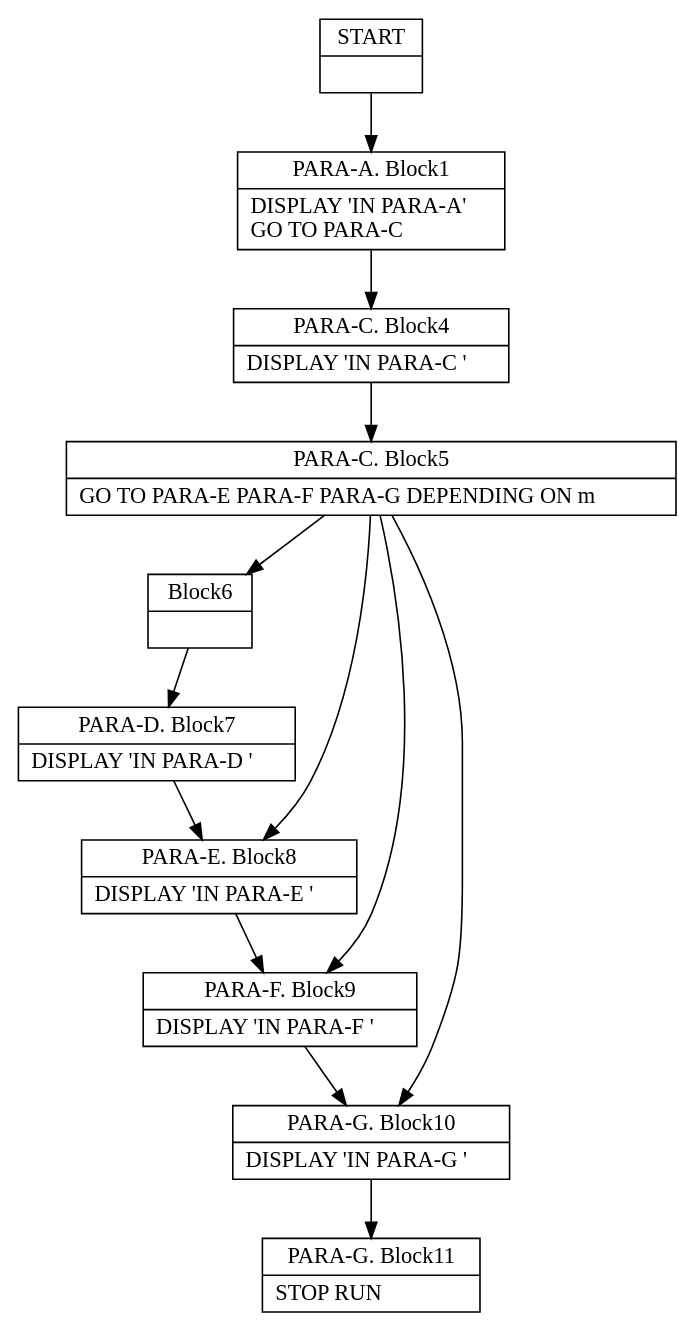
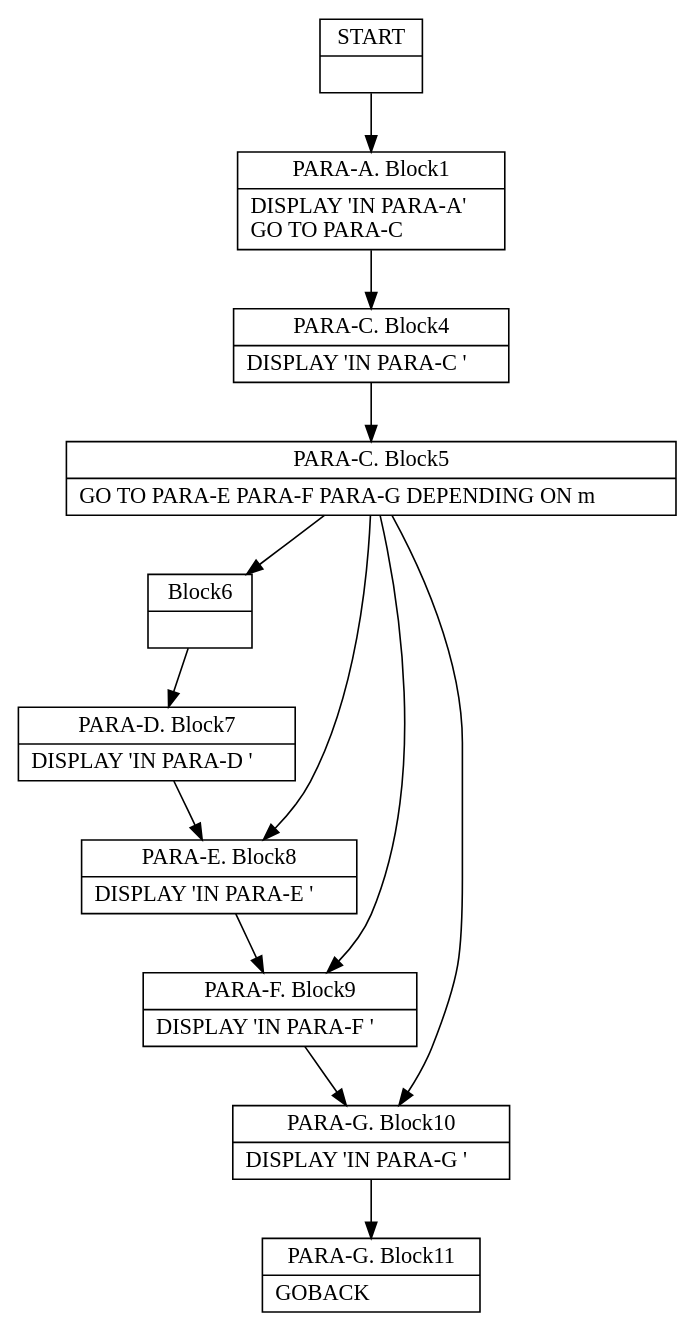
The diagram in TypeCobol.Analysis.Test/DotOutput/ComplexGotoPara0.dot (TypeCobolTeam/TypeCobol), drawn with Graphviz before and after one commit. The commit also changed 27 other files, not shown here.

```diff
--- a/TypeCobol.Analysis.Test/DotOutput/ComplexGotoPara0.dot
+++ b/TypeCobol.Analysis.Test/DotOutput/ComplexGotoPara0.dot
@@ -1,52 +1,52 @@
 digraph Cfg {
 node [
 shape = "record"
 ]
 
 edge [
 arrowtail = "empty"
 ]
 Block0 [
 label = "{START|}"
 ]
 Block1 [
 label = "{PARA-A. Block1|DISPLAY 'IN PARA-A'\lGO TO PARA-C\l}"
 ]
 Block4 [
 label = "{PARA-C. Block4|DISPLAY 'IN PARA-C '\l}"
 ]
 Block5 [
 label = "{PARA-C. Block5|GO TO PARA-E PARA-F PARA-G DEPENDING ON m\l}"
 ]
 Block6 [
 label = "{Block6|}"
 ]
 Block7 [
 label = "{PARA-D. Block7|DISPLAY 'IN PARA-D '\l}"
 ]
 Block8 [
 label = "{PARA-E. Block8|DISPLAY 'IN PARA-E '\l}"
 ]
 Block9 [
 label = "{PARA-F. Block9|DISPLAY 'IN PARA-F '\l}"
 ]
 Block10 [
 label = "{PARA-G. Block10|DISPLAY 'IN PARA-G '\l}"
 ]
 Block11 [
-label = "{PARA-G. Block11|STOP RUN\l}"
+label = "{PARA-G. Block11|GOBACK\l}"
 ]
 Block0 -> Block1
 Block1 -> Block4
 Block4 -> Block5
 Block5 -> Block6
 Block5 -> Block8
 Block5 -> Block9
 Block5 -> Block10
 Block6 -> Block7
 Block7 -> Block8
 Block8 -> Block9
 Block9 -> Block10
 Block10 -> Block11
 
 }
```
